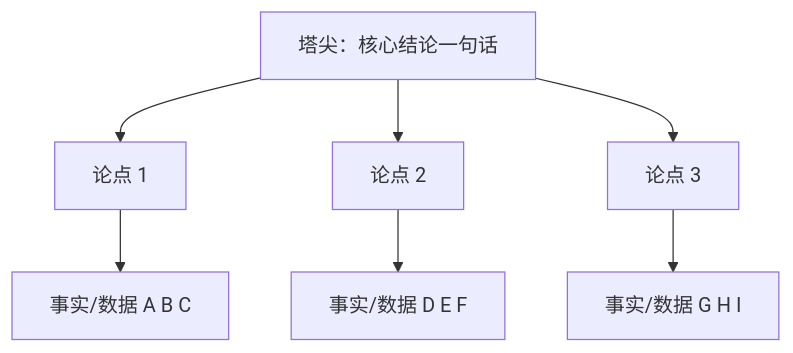
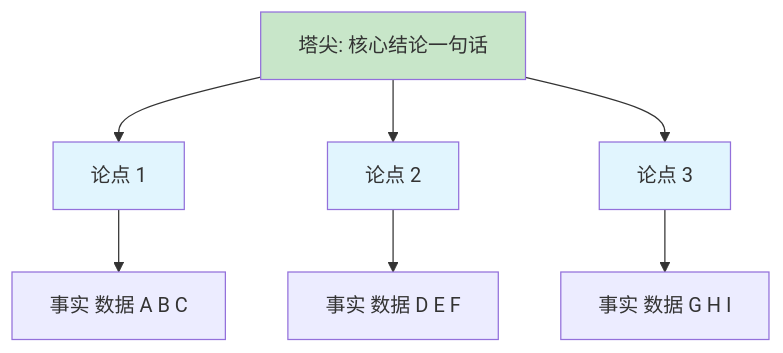
The second of 5 diagrams in packages/website/11.书籍/05.自我精进·成事/18.金字塔汇报方法.md (chongyang211/YCBookBlog), drawn with Mermaid before and after one commit. The commit also changed other lines of this file and 5 other files, not shown here.

````diff
--- a/packages/website/11.书籍/05.自我精进·成事/18.金字塔汇报方法.md
+++ b/packages/website/11.书籍/05.自我精进·成事/18.金字塔汇报方法.md
@@ -88,9 +78,13 @@
 ```mermaid
 graph TD
-    T[塔尖：核心结论一句话] --> P1[论点 1]
+    T[塔尖: 核心结论一句话] --> P1[论点 1]
     T --> P2[论点 2]
     T --> P3[论点 3]
-    P1 --> E1[事实/数据 A B C]
-    P2 --> E2[事实/数据 D E F]
-    P3 --> E3[事实/数据 G H I]
+    P1 --> E1[事实 数据 A B C]
+    P2 --> E2[事实 数据 D E F]
+    P3 --> E3[事实 数据 G H I]
+    style T fill:#c8e6c9
+    style P1 fill:#e1f5fe
+    style P2 fill:#e1f5fe
+    style P3 fill:#e1f5fe
 ```
````
